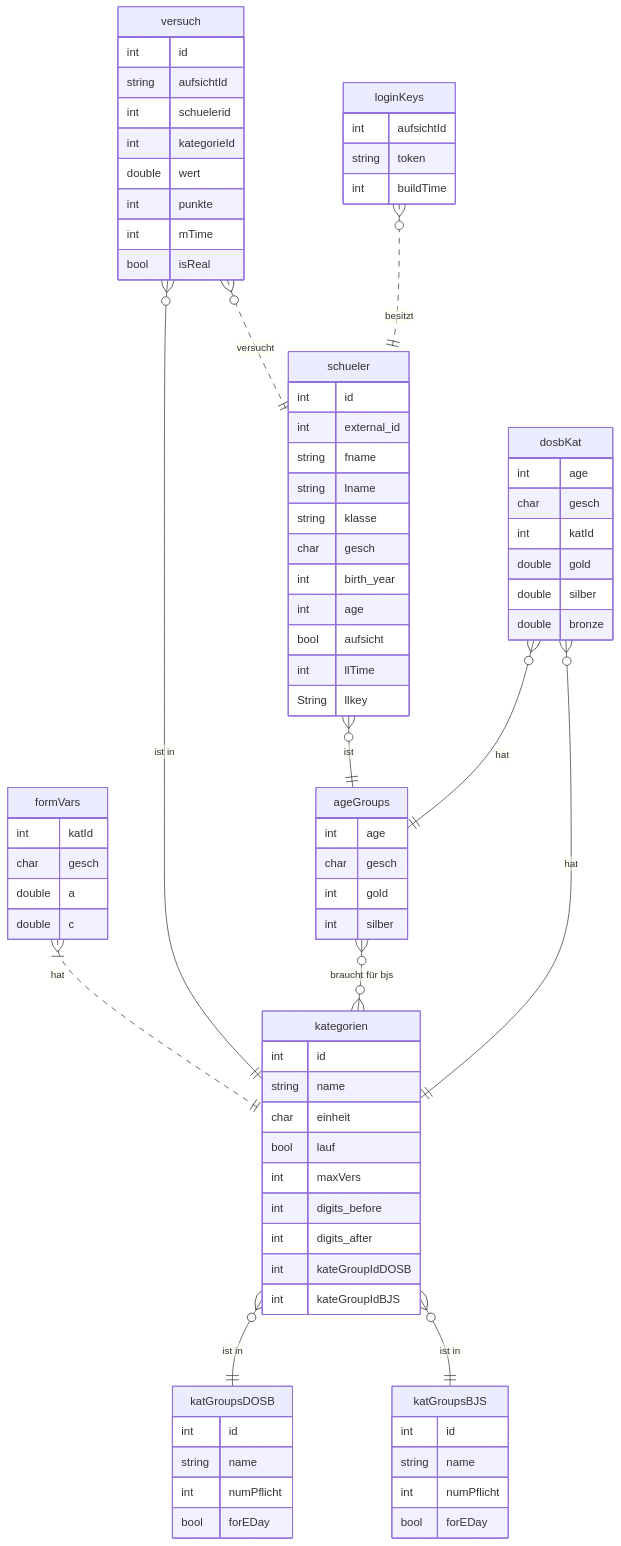
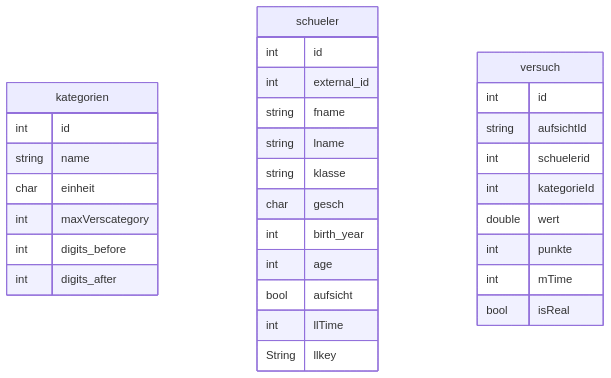
The second of 4 diagrams in doc/architecture.md (Hydra-Technologies/emotionLib), drawn with Mermaid before and after one commit. The commit also changed other lines of this file and 9 other files, not shown here.

Commit message:
new architecture

````diff
--- a/doc/architecture.md
+++ b/doc/architecture.md
@@ -8,44 +33,12 @@
 ```mermaid
 erDiagram
-
-    katGroupsDOSB{
-        int id
-        string name
-        int numPflicht
-        bool forEDay
-    }
-    
-    katGroupsBJS{
-        int id
-        string name
-        int numPflicht
-        bool forEDay
-    }
-
     kategorien{
         int id
         string name
         char einheit
-        bool lauf
-        int maxVers
+        int maxVerscategory
         int digits_before
         int digits_after
-        int kateGroupIdDOSB
-        int kateGroupIdBJS
-    }
-
-    formVars{
-        int katId
-        char gesch
-        double a
-        double c
-    }
-
-    ageGroups{
-        int age
-        char gesch
-        int gold
-        int silber
     }
 
     schueler{
@@ -72,30 +65,4 @@
         int mTime
         bool isReal
     }
-
-    dosbKat{
-        int age
-        char gesch
-        int katId
-        double gold
-        double silber
-        double bronze
-    }
-
-    loginKeys{
-        int aufsichtId
-        string token
-        int buildTime
-    }
-
-    kategorien }o--|| katGroupsDOSB : "ist in"
-    kategorien }o--|| katGroupsBJS : "ist in"
-    formVars }|..|| kategorien : "hat"
-    schueler }o--|| ageGroups : "ist"
-    versuch }o..|| schueler : versucht
-    versuch }o--|| kategorien : "ist in" 
-    ageGroups }o--o{ kategorien : "braucht für bjs"
-    dosbKat }o--|| ageGroups : "hat"
-    dosbKat }o--|| kategorien : "hat"
-    loginKeys }o..|| schueler : "besitzt"
 ```
````
